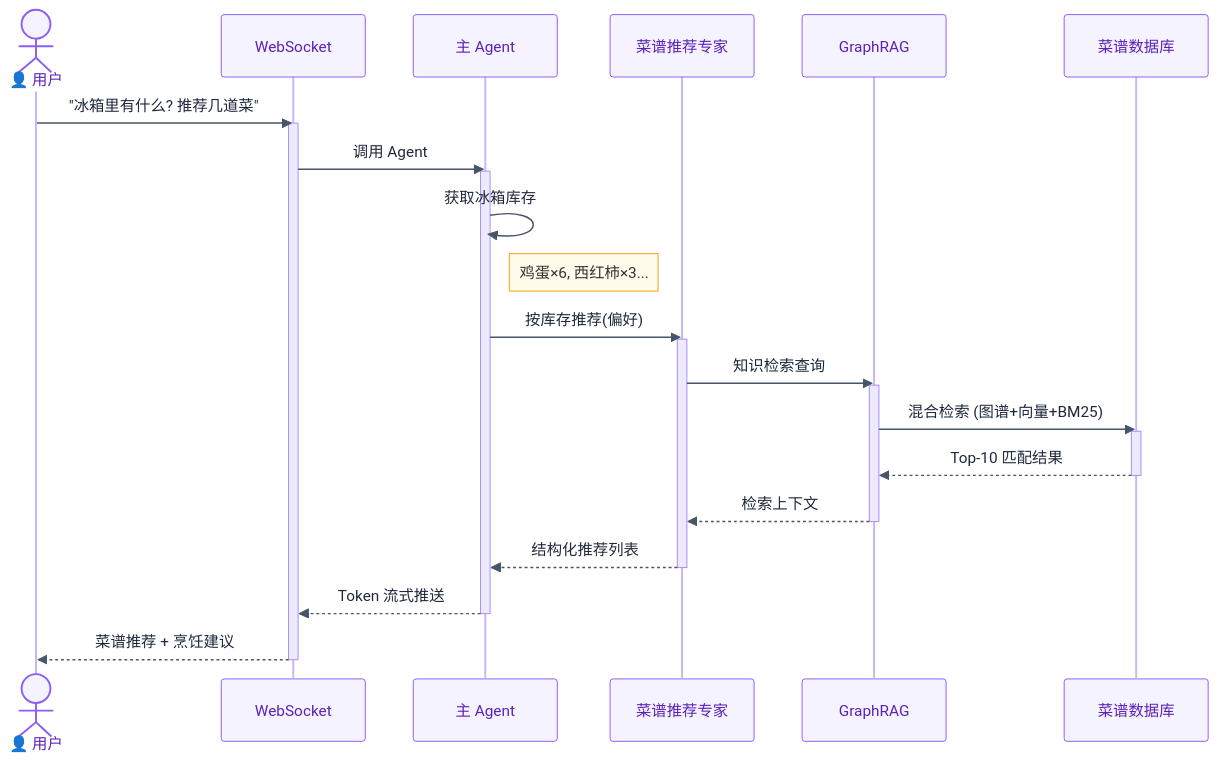
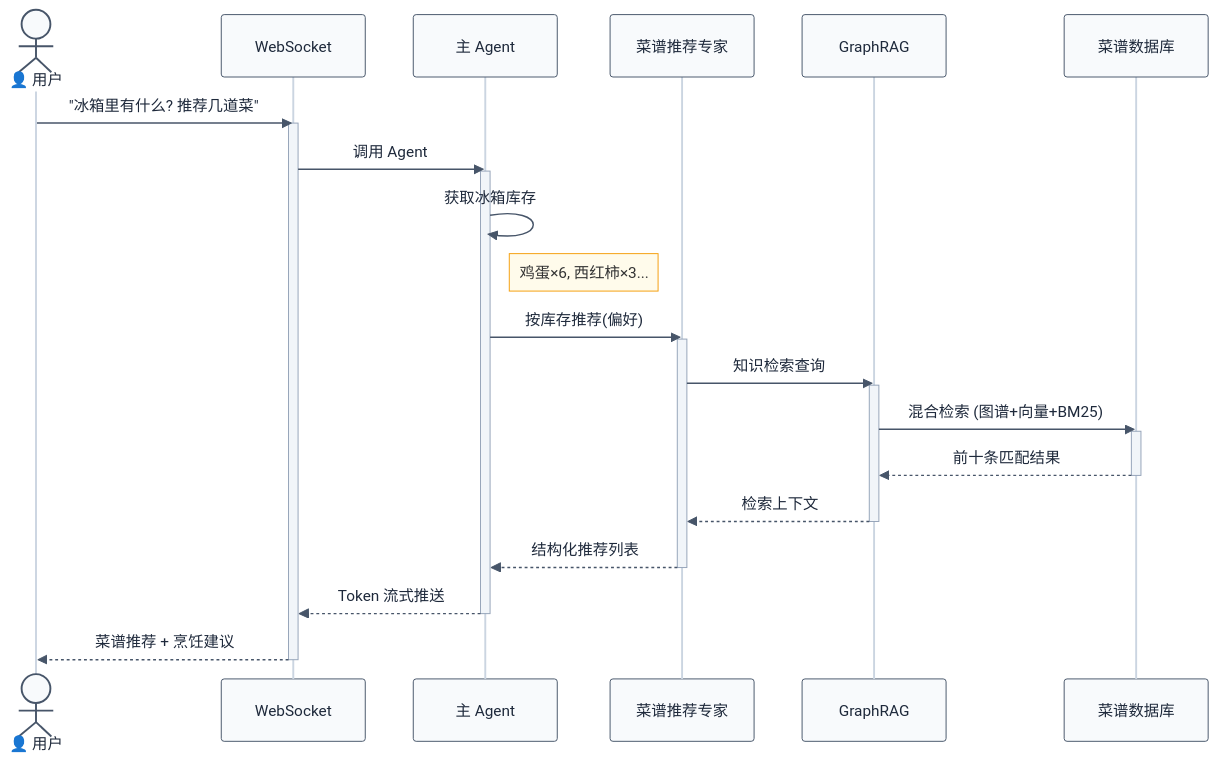
The second of 5 diagrams in README.md (silver4444-xs/FridgeApp), drawn with Mermaid before and after one commit.

Commit message:
docs: adjust sequence diagram to neutral slate palette, keep Agent as professional term

````diff
--- a/README.md
+++ b/README.md
@@ -146,40 +146,40 @@
 ```mermaid
 %%{init: {'theme': 'base', 'themeVariables': {
-  'actorBkg': '#f5f3ff', 'actorBorder': '#8b5cf6', 'actorTextColor': '#5b21b6',
-  'actorLineColor': '#c4b5fd', 'signalColor': '#475569', 'signalTextColor': '#1e293b',
+  'actorBkg': '#f8fafc', 'actorBorder': '#475569', 'actorTextColor': '#1e293b',
+  'actorLineColor': '#cbd5e1', 'signalColor': '#475569', 'signalTextColor': '#1e293b',
   'labelBoxBkgColor': '#f8fafc', 'labelBoxBorderColor': '#e2e8f0',
   'noteBkgColor': '#fffbeb', 'noteBorderColor': '#f59e0b',
-  'activationBkgColor': '#ede9fe', 'activationBorderColor': '#a78bfa',
+  'activationBkgColor': '#f1f5f9', 'activationBorderColor': '#94a3b8',
   'fontFamily': 'system-ui, sans-serif', 'fontSize': '13px'
 }}}%%
 sequenceDiagram
     actor U as 👤 用户
     participant WS as WebSocket
     participant AG as 主 Agent
     participant RE as 菜谱推荐专家
     participant RG as GraphRAG
     participant DB as 菜谱数据库
 
     U->>WS: "冰箱里有什么? 推荐几道菜"
     activate WS
     WS->>AG: 调用 Agent
     activate AG
     AG->>AG: 获取冰箱库存
     Note right of AG: 鸡蛋×6, 西红柿×3...
     AG->>RE: 按库存推荐(偏好)
     activate RE
     RE->>RG: 知识检索查询
     activate RG
     RG->>DB: 混合检索 (图谱+向量+BM25)
     activate DB
-    DB-->>RG: Top-10 匹配结果
+    DB-->>RG: 前十条匹配结果
     deactivate DB
     RG-->>RE: 检索上下文
     deactivate RG
     RE-->>AG: 结构化推荐列表
     deactivate RE
     AG-->>WS: Token 流式推送
     deactivate AG
     WS-->>U: 菜谱推荐 + 烹饪建议
     deactivate WS
 ```
````
